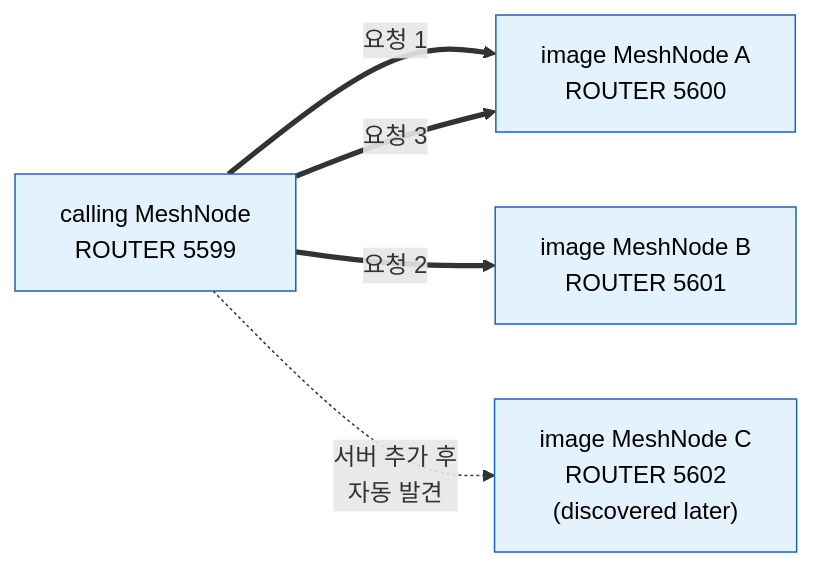
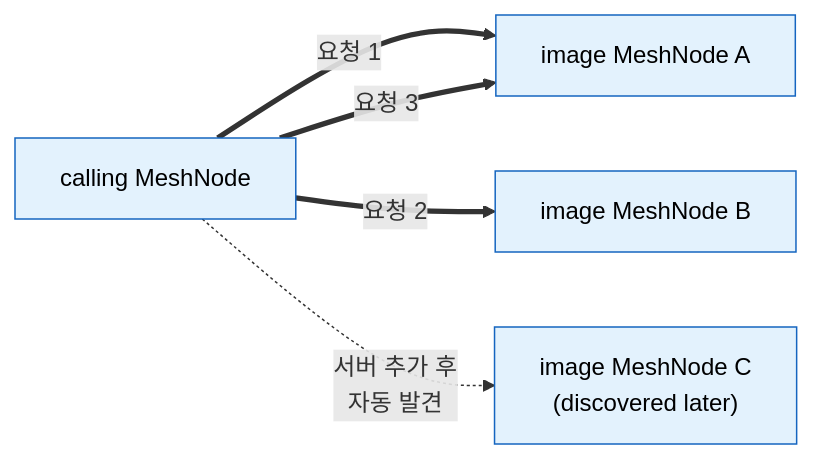
The third of 4 diagrams in framework/doc/framework/cpp/guide/07-channel-messaging.ko.md (kairos-code-dev/zlink), drawn with Mermaid before and after one commit. The commit also changed other lines of this file and 93 other files, not shown here.

````diff
--- a/framework/doc/framework/cpp/guide/07-channel-messaging.ko.md
+++ b/framework/doc/framework/cpp/guide/07-channel-messaging.ko.md
@@ -277,14 +279,14 @@
 ```mermaid
 flowchart LR
-    C["calling MeshNode<br/>ROUTER 5599"]:::channel
-    S1["image MeshNode A<br/>ROUTER 5600"]:::channel
-    S2["image MeshNode B<br/>ROUTER 5601"]:::channel
-    S3["image MeshNode C<br/>ROUTER 5602<br/>(discovered later)"]:::channel
+    C["calling MeshNode"]:::channel
+    S1["image MeshNode A"]:::channel
+    S2["image MeshNode B"]:::channel
+    S3["image MeshNode C<br/>(discovered later)"]:::channel
 
     C == "요청 1" ==> S1
     C == "요청 2" ==> S2
     C == "요청 3" ==> S1
     C -. "서버 추가 후<br/>자동 발견" .-> S3
 
     classDef channel fill:#e3f2fd,stroke:#1565c0,color:#000000
 ```
````
